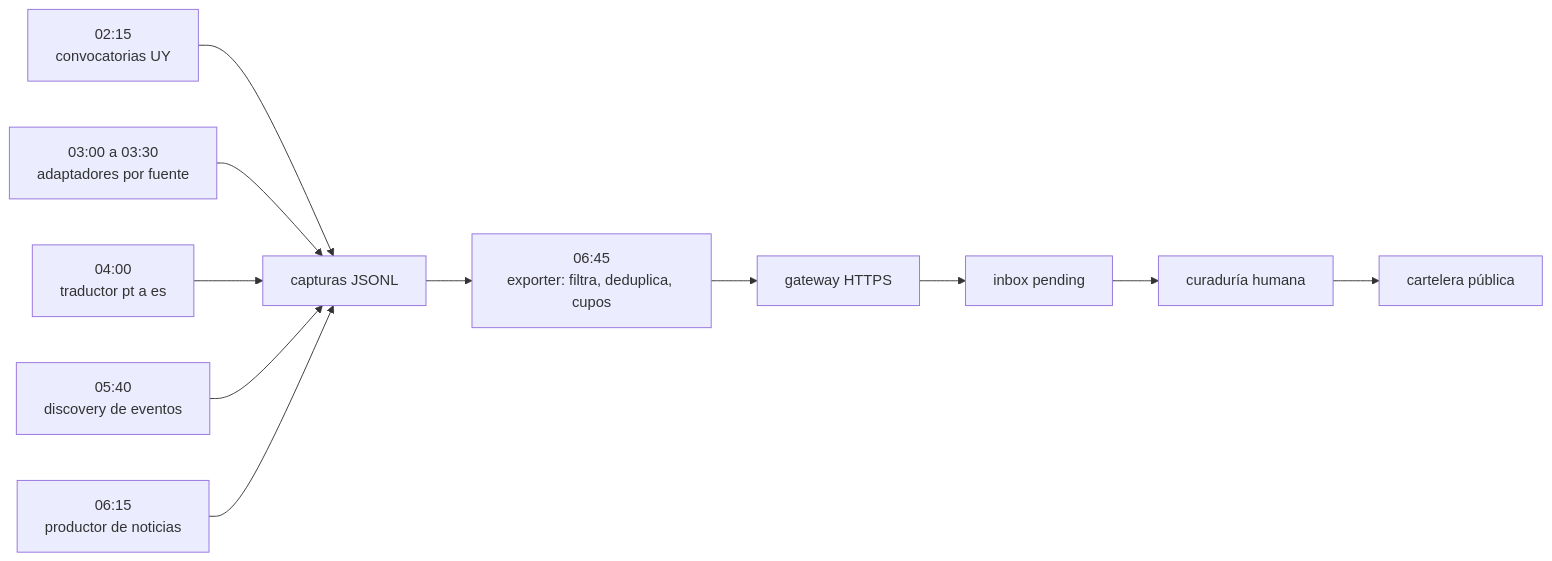
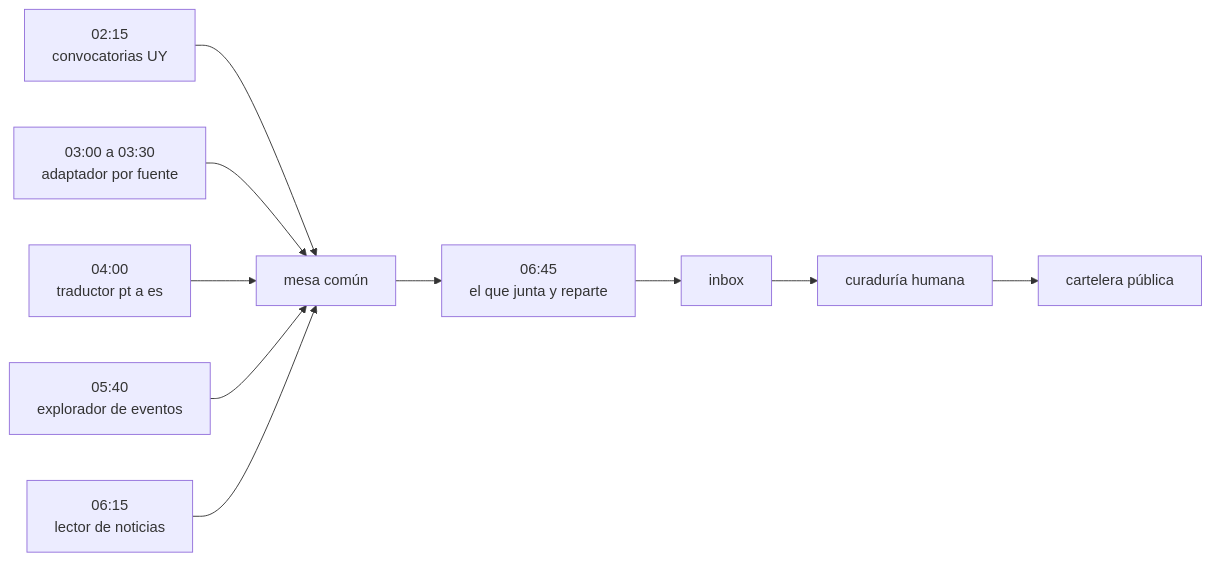
One commit to guspatagonico/gustavosalvini-astro-blog changed the diagram in src/data/blog/pivot-cartelera-agentica.mdx. Above: the diagram before and after it, drawn with Mermaid. The commit also changed other lines of this file, not shown here.

First line of the commit message:
fix(blog): reescribir el post de la cartelera con eje en la orquestación y la curaduría

````diff
--- a/src/data/blog/pivot-cartelera-agentica.mdx
+++ b/src/data/blog/pivot-cartelera-agentica.mdx
@@ -42,13 +44,12 @@
 ```mermaid
 graph LR
-    A["02:15<br/>convocatorias UY"] --> C["capturas JSONL"]
-    B["03:00 a 03:30<br/>adaptadores por fuente"] --> C
-    T["04:00<br/>traductor pt a es"] --> C
-    D["05:40<br/>discovery de eventos"] --> C
-    E["06:15<br/>productor de noticias"] --> C
-    C --> F["06:45<br/>exporter: filtra, deduplica, cupos"]
-    F --> G["gateway HTTPS"]
-    G --> H["inbox pending"]
-    H --> I["curaduría humana"]
-    I --> J["cartelera pública"]
+    A["02:15<br/>convocatorias UY"] --> M["mesa común"]
+    B["03:00 a 03:30<br/>adaptador por fuente"] --> M
+    T["04:00<br/>traductor pt a es"] --> M
+    D["05:40<br/>explorador de eventos"] --> M
+    E["06:15<br/>lector de noticias"] --> M
+    M --> F["06:45<br/>el que junta y reparte"]
+    F --> G["inbox"]
+    G --> H["curaduría humana"]
+    H --> I["cartelera pública"]
 ```
````
